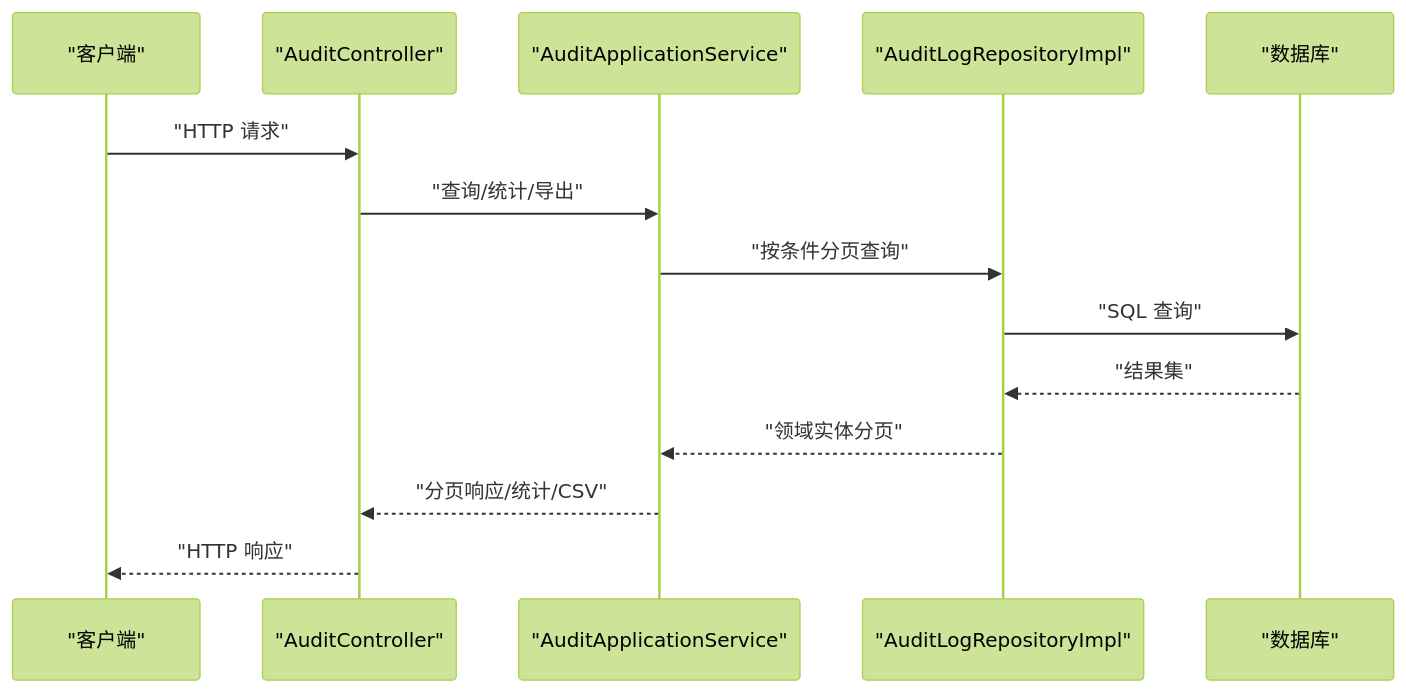
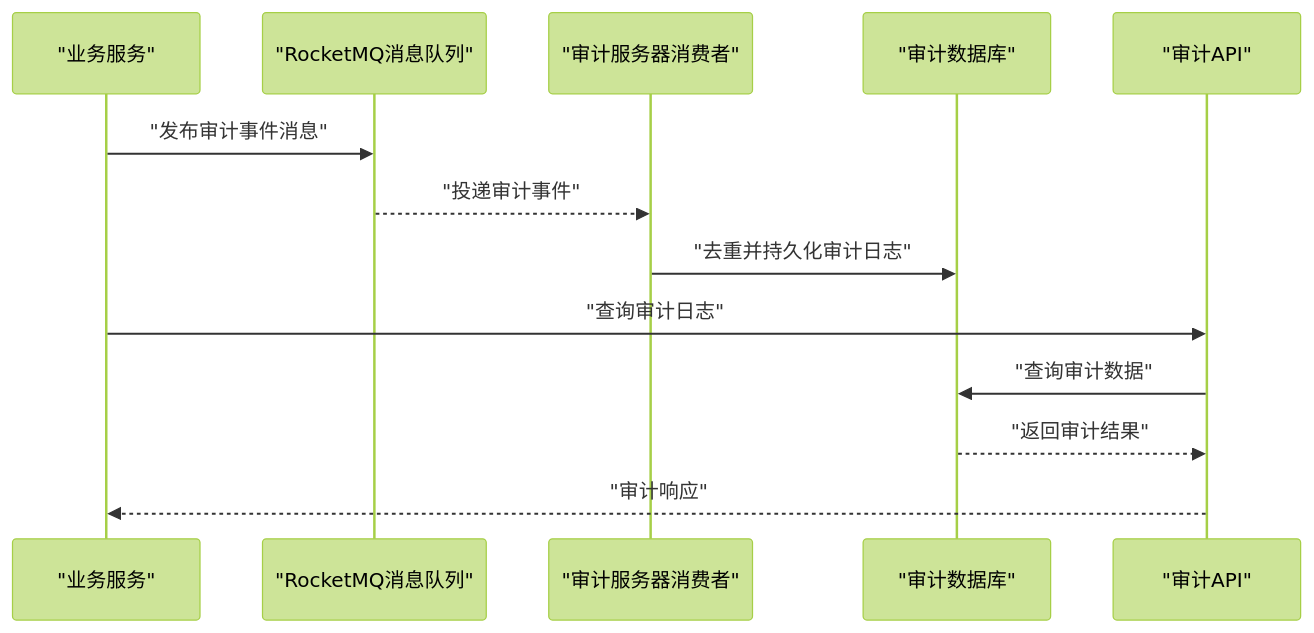
The second of 6 diagrams in .qoder/repowiki/zh/content/项目概述/项目结构/管理服务器 (iam-admin-server)/审计日志系统.md (fq0121104930716/iam-platform), drawn with Mermaid (forest theme) before and after one commit. The commit also changed other lines of this file and 219 other files, not shown here.

````diff
--- a/.qoder/repowiki/zh/content/项目概述/项目结构/管理服务器 (iam-admin-server)/审计日志系统.md
+++ b/.qoder/repowiki/zh/content/项目概述/项目结构/管理服务器 (iam-admin-server)/审计日志系统.md
@@ -153,16 +167,15 @@
 ```mermaid
 sequenceDiagram
-participant C as "客户端"
-participant CTRL as "AuditController"
-participant SVC as "AuditApplicationService"
-participant REPO as "AuditLogRepositoryImpl"
-participant DB as "数据库"
-C->>CTRL : "HTTP 请求"
-CTRL->>SVC : "查询/统计/导出"
-SVC->>REPO : "按条件分页查询"
-REPO->>DB : "SQL 查询"
-DB-->>REPO : "结果集"
-REPO-->>SVC : "领域实体分页"
-SVC-->>CTRL : "分页响应/统计/CSV"
-CTRL-->>C : "HTTP 响应"
+participant Service as "业务服务"
+participant MQ as "RocketMQ消息队列"
+participant Consumer as "审计服务器消费者"
+participant DB as "审计数据库"
+participant API as "审计API"
+Service->>MQ : "发布审计事件消息"
+MQ-->>Consumer : "投递审计事件"
+Consumer->>DB : "去重并持久化审计日志"
+Service->>API : "查询审计日志"
+API->>DB : "查询审计数据"
+DB-->>API : "返回审计结果"
+API-->>Service : "审计响应"
 ```
````
